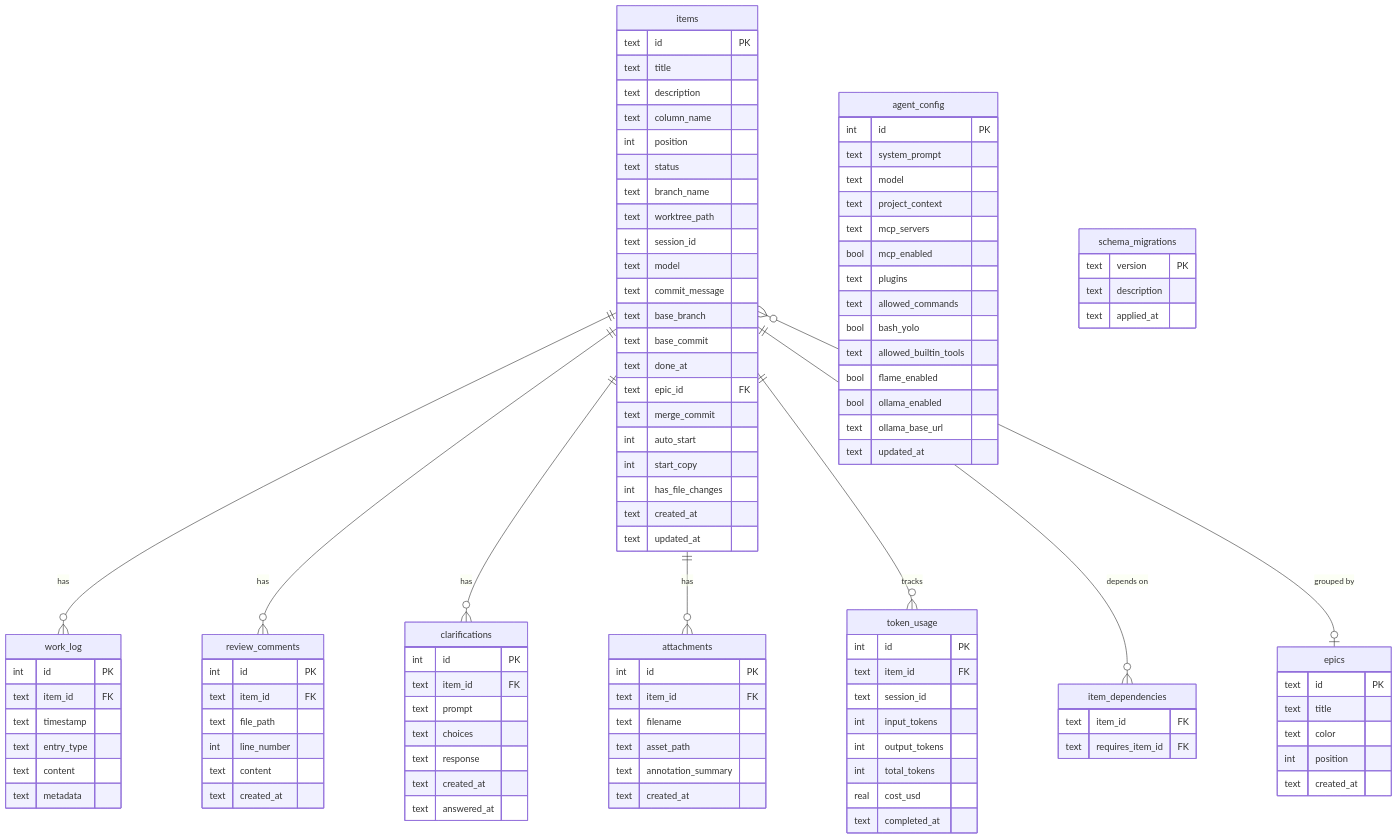
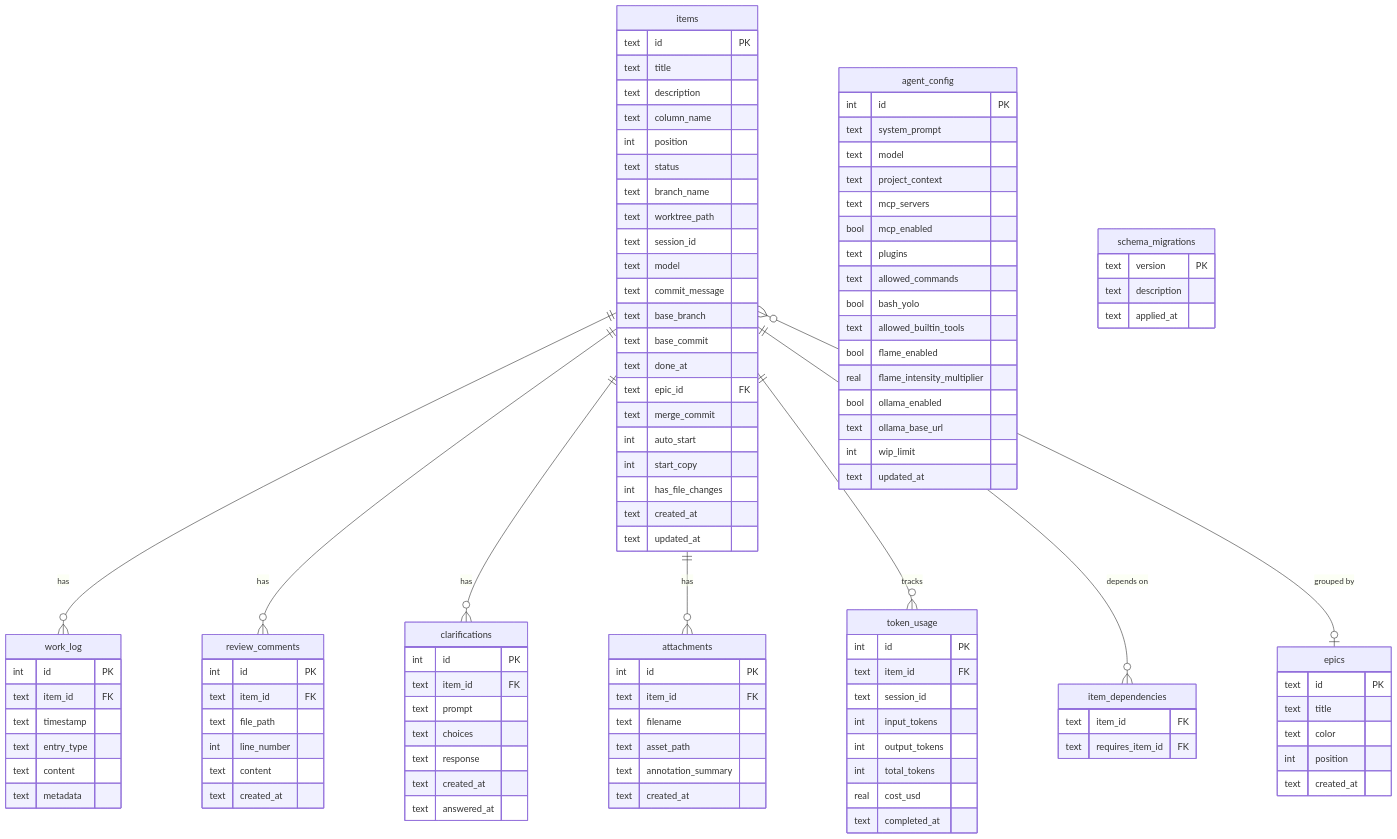
The fourth of 4 diagrams in README.md (epatel/claude-agents-dashboard), drawn with Mermaid before and after one commit. The commit also changed other lines of this file and 4 other files, not shown here.

Commit message:
Update documentation to reflect current project state (872 tests, 18 migrations, Opus 4.6 default, WIP limit)

```diff
--- a/README.md
+++ b/README.md
@@ -312,8 +313,10 @@
         bool bash_yolo
         text allowed_builtin_tools
         bool flame_enabled
+        real flame_intensity_multiplier
         bool ollama_enabled
         text ollama_base_url
+        int wip_limit
         text updated_at
     }
 
```
